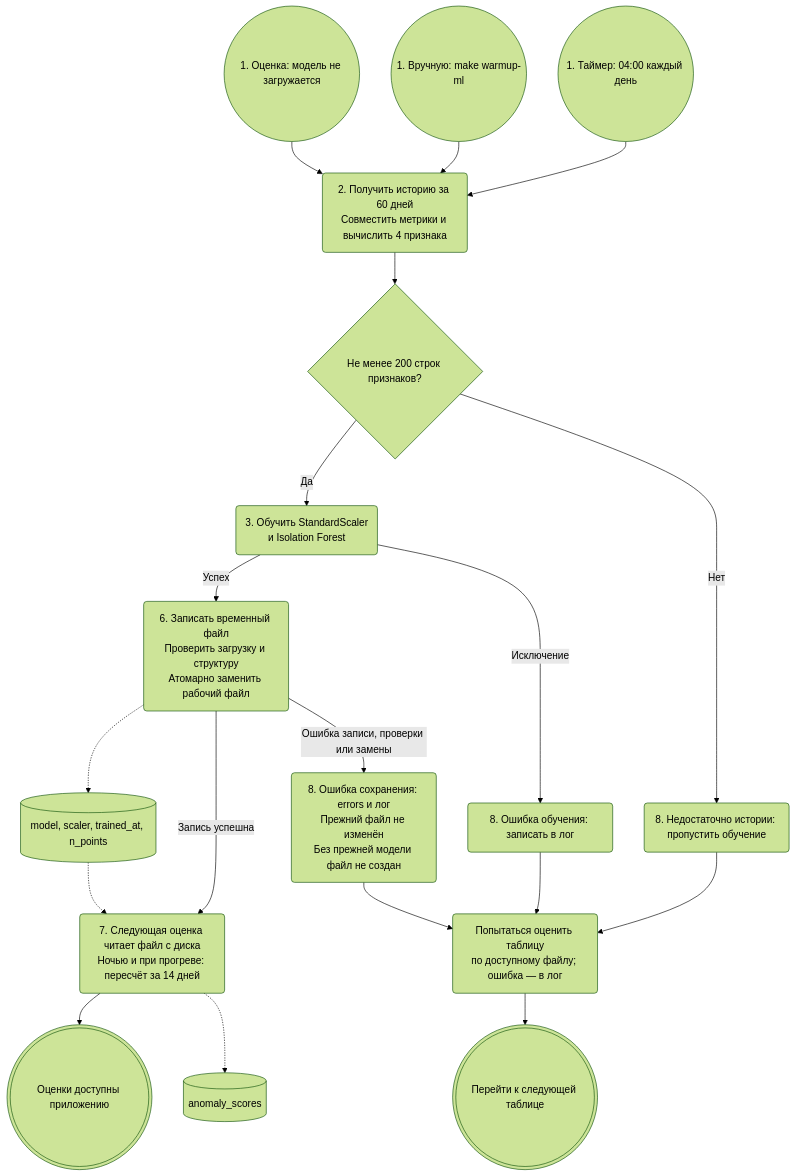
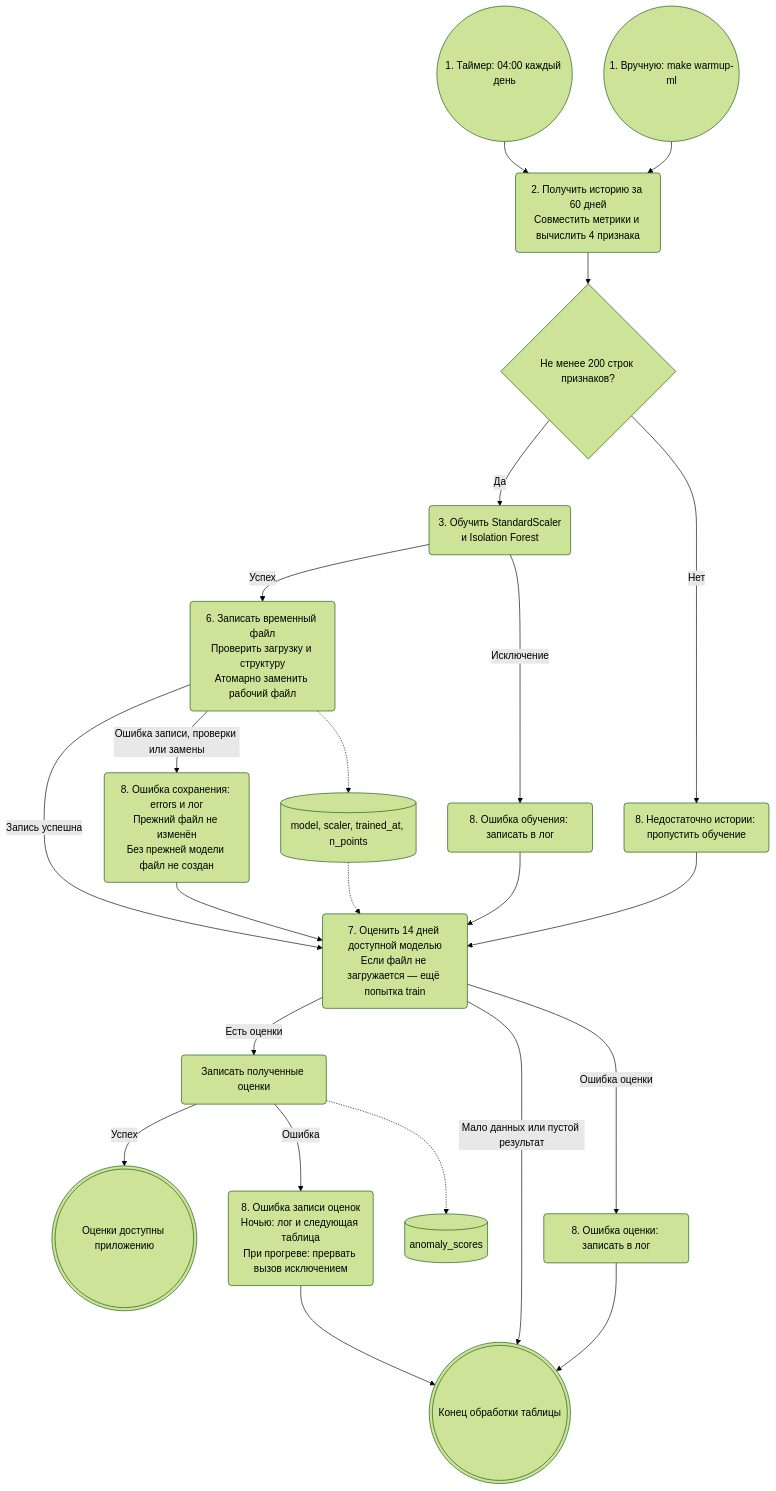
One commit to ksdergach/db-monitoring-production-standards changed the first of 4 diagrams in docs/Model_retrain_BPMN.md. Above: the diagram before and after it, drawn with Mermaid (forest theme). The commit also changed other lines of this file, not shown here.

Commit message:
docs: уточнить состояния модели и оценок по ревью #68

````diff
--- a/docs/Model_retrain_BPMN.md
+++ b/docs/Model_retrain_BPMN.md
@@ -32,33 +34,38 @@
 ```mermaid
 flowchart TB
     timer(("1. Таймер: 04:00 каждый день"))
     manual(("1. Вручную: make warmup-ml"))
-    missing(("1. Оценка: модель не загружается"))
     prepare("2. Получить историю за 60 дней<br/>Совместить метрики и вычислить 4 признака")
     enough{"Не менее 200 строк признаков?"}
     train("3. Обучить StandardScaler<br/>и Isolation Forest")
     save("6. Записать временный файл<br/>Проверить загрузку и структуру<br/>Атомарно заменить рабочий файл")
     model[("model, scaler, trained_at, n_points")]
-    use("7. Следующая оценка читает файл с диска<br/>Ночью и при прогреве: пересчёт за 14 дней")
+    use("7. Оценить 14 дней доступной моделью<br/>Если файл не загружается — ещё попытка train")
+    persist("Записать полученные оценки")
     scores[("anomaly_scores")]
     done((("Оценки доступны приложению")))
     skip("8. Недостаточно истории: пропустить обучение")
     fail("8. Ошибка обучения: записать в лог")
     save_fail("8. Ошибка сохранения: errors и лог<br/>Прежний файл не изменён<br/>Без прежней модели файл не создан")
-    attempt("Попытаться оценить таблицу<br/>по доступному файлу; ошибка — в лог")
-    finish((("Перейти к следующей таблице")))
+    score_fail("8. Ошибка оценки: записать в лог")
+    scores_fail("8. Ошибка записи оценок<br/>Ночью: лог и следующая таблица<br/>При прогреве: прервать вызов исключением")
+    finish((("Конец обработки таблицы")))
 
     timer --> prepare
     manual --> prepare
-    missing --> prepare
     prepare --> enough
     enough -->|Да| train
-    enough -->|Нет| skip --> attempt
+    enough -->|Нет| skip --> use
     train -->|Успех| save
-    train -->|Исключение| fail --> attempt
-    save -->|Запись успешна| use --> done
-    save -->|Ошибка записи, проверки или замены| save_fail --> attempt --> finish
+    train -->|Исключение| fail --> use
+    save -->|Запись успешна| use
+    save -->|Ошибка записи, проверки или замены| save_fail --> use
+    use -->|Есть оценки| persist
+    use -->|Мало данных или пустой результат| finish
+    use -->|Ошибка оценки| score_fail --> finish
+    persist -->|Успех| done
+    persist -->|Ошибка| scores_fail --> finish
     save -.-> model
     model -.-> use
-    use -.-> scores
+    persist -.-> scores
 ```
````
